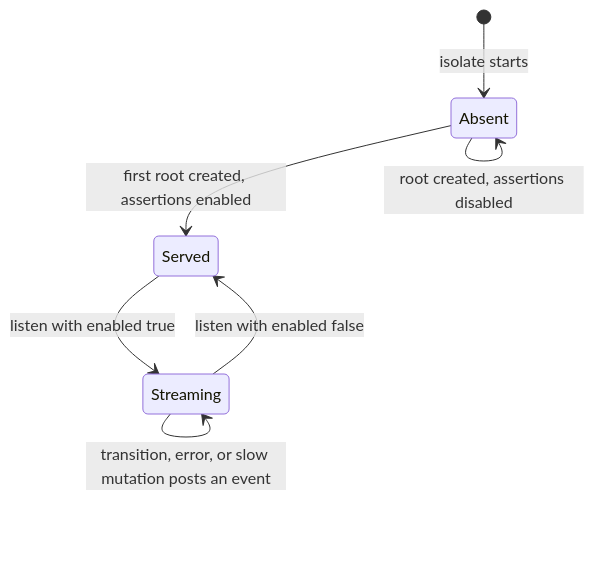
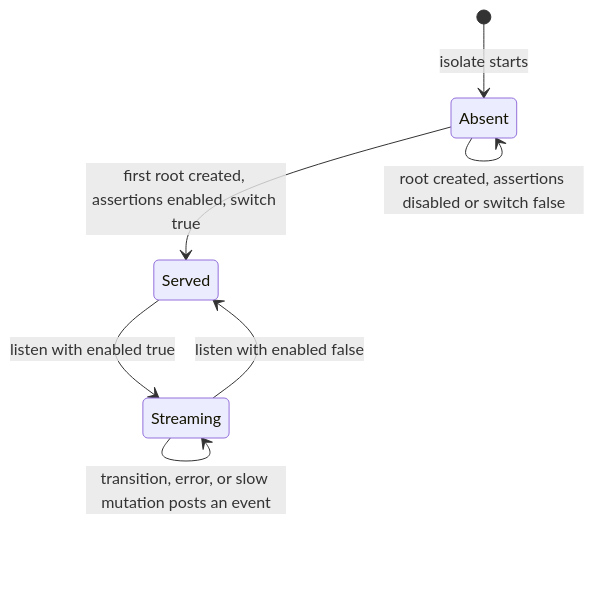
One commit to dfdgsdfg/fp_di changed the second of 3 diagrams in specs/tooling/devtools/spec.md. Above: the diagram before and after it, drawn with Mermaid. The commit also changed other lines of this file and 17 other files, not shown here.

````diff
--- a/specs/tooling/devtools/spec.md
+++ b/specs/tooling/devtools/spec.md
@@ -66,9 +67,9 @@
 ```mermaid
 stateDiagram-v2
   [*] --> Absent: isolate starts
-  Absent --> Served: first root created, assertions enabled
-  Absent --> Absent: root created, assertions disabled
+  Absent --> Served: first root created, assertions enabled, switch true
+  Absent --> Absent: root created, assertions disabled or switch false
   Served --> Streaming: listen with enabled true
   Streaming --> Served: listen with enabled false
   Streaming --> Streaming: transition, error, or slow mutation posts an event
 ```
````
